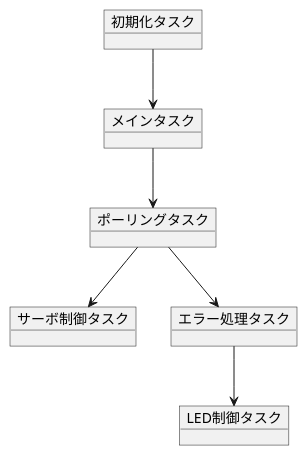
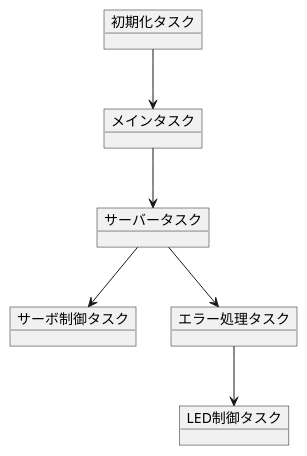
One commit to SeiyaIwabuchi/- changed the diagram in タスク構成図.md. Above: the diagram before and after it, drawn with PlantUML. The commit also changed other lines of this file and 2 other files, not shown here.

````diff
--- a/タスク構成図.md
+++ b/タスク構成図.md
@@ -1,15 +1,15 @@
 ``` plantuml
 @startuml
 object メインタスク
-object ポーリングタスク
+object サーバータスク
 object サーボ制御タスク
 object エラー処理タスク
 object 初期化タスク
 object LED制御タスク
-メインタスク --> ポーリングタスク
-ポーリングタスク --> サーボ制御タスク
-ポーリングタスク --> エラー処理タスク
+メインタスク --> サーバータスク
+サーバータスク --> サーボ制御タスク
+サーバータスク --> エラー処理タスク
 初期化タスク --> メインタスク
 エラー処理タスク --> LED制御タスク
 @enduml
 ```
````
